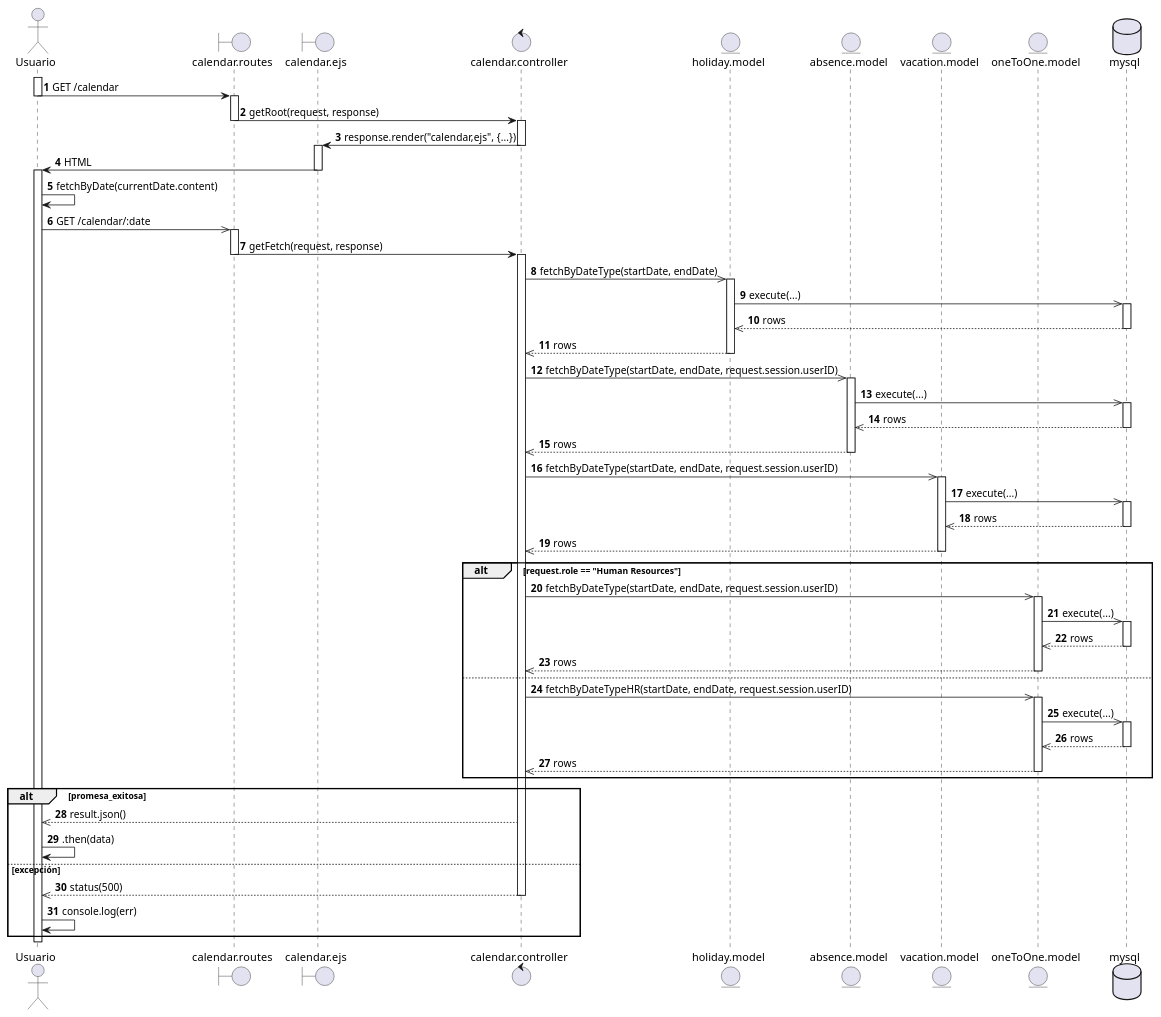
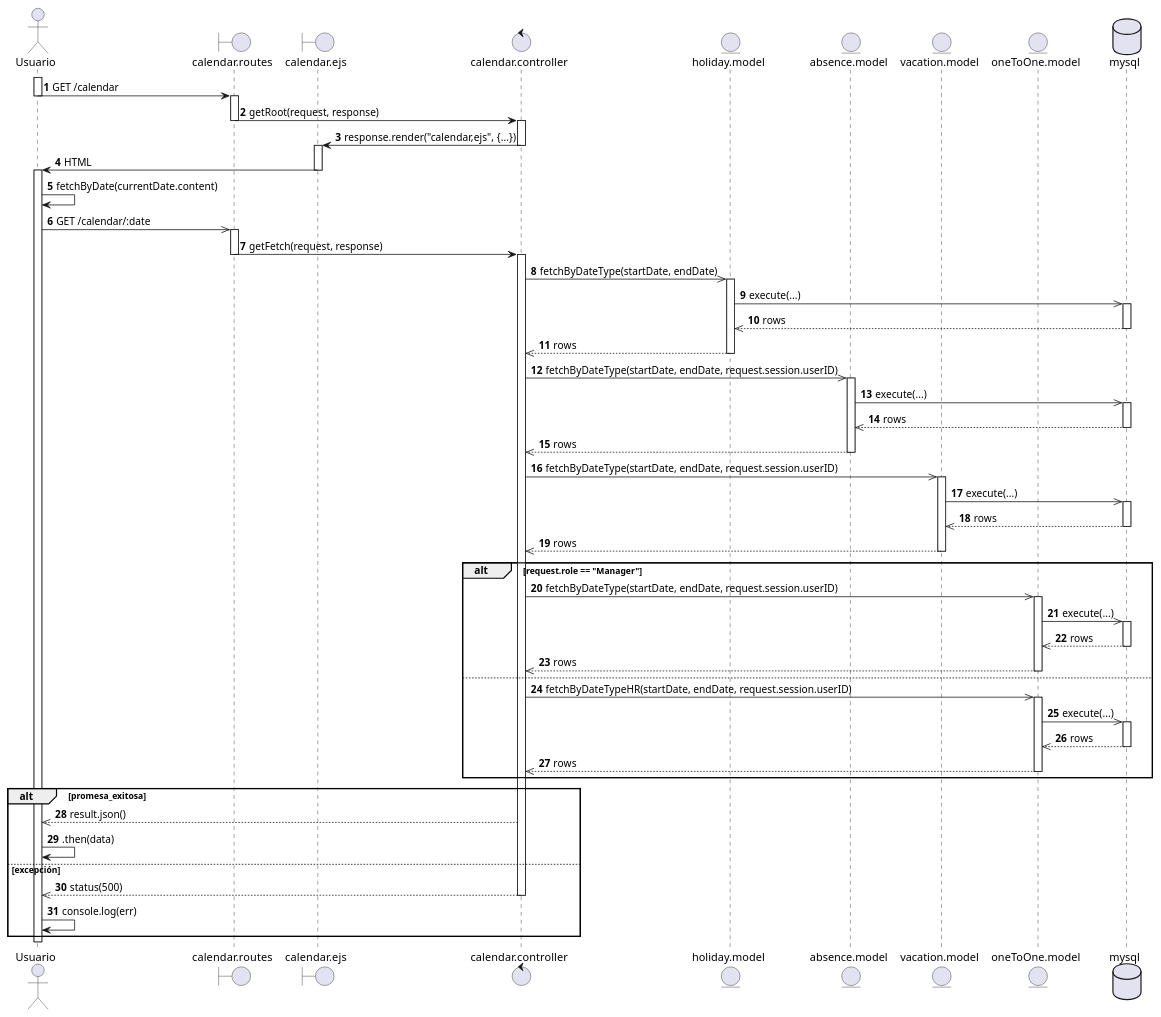
One commit to EdCanCe/WorkCells changed the diagram in diagrams/Casos de Uso/mundo req fun/Diagramas secuencia/CU02.puml. Above: the diagram before and after it, drawn with PlantUML. The commit also changed 31 other files, not shown here.

Commit message:
Se cambia el rol de Human Resources por el de Manager

```diff
--- a/diagrams/Casos de Uso/mundo req fun/Diagramas secuencia/CU02.puml
+++ b/diagrams/Casos de Uso/mundo req fun/Diagramas secuencia/CU02.puml
@@ -1,101 +1,101 @@
 @startuml
 actor Usuario
 boundary "calendar.routes" as Routes
 boundary "calendar.ejs" as Ejs
 control "calendar.controller" as Controller
 entity "holiday.model" as Holiday
 entity "absence.model" as Absence
 entity "vacation.model" as Vacation
 entity "oneToOne.model" as OneToOne
 database "mysql" as MySQL
 
 autonumber
 
 activate Usuario
 Usuario -> Routes: GET /calendar
 deactivate Usuario
 
 activate Routes
 Routes -> Controller: getRoot(request, response)
 deactivate Routes
 
 activate Controller
 Controller -> Ejs: response.render("calendar,ejs", {...})
 deactivate Controller
 
 activate Ejs
 Ejs -> Usuario: HTML
 deactivate Ejs
 activate Usuario
 
 Usuario -> Usuario: fetchByDate(currentDate.content)
 
 Usuario ->> Routes: GET /calendar/:date
 activate Routes
 
 Routes -> Controller: getFetch(request, response)
 deactivate Routes
 
 activate Controller
 Controller ->> Holiday: fetchByDateType(startDate, endDate)
 activate Holiday
 Holiday ->> MySQL: execute(...)
 activate MySQL
 MySQL -->> Holiday: rows
 deactivate MySQL
 Holiday -->> Controller: rows
 deactivate Holiday
 
 Controller ->> Absence: fetchByDateType(startDate, endDate, request.session.userID)
 activate Absence
 Absence ->> MySQL: execute(...)
 activate MySQL
 MySQL -->> Absence: rows
 deactivate MySQL
 Absence -->> Controller: rows
 deactivate Absence
 
 Controller ->> Vacation: fetchByDateType(startDate, endDate, request.session.userID)
 activate Vacation
 Vacation ->> MySQL: execute(...)
 activate MySQL
 MySQL -->> Vacation: rows
 deactivate MySQL
 Vacation -->> Controller: rows
 deactivate Vacation
 
-alt request.role == "Human Resources"
+alt request.role == "Manager"
     Controller ->> OneToOne: fetchByDateType(startDate, endDate, request.session.userID)
     activate OneToOne
     OneToOne ->> MySQL: execute(...)
     activate MySQL
     MySQL -->> OneToOne: rows
     deactivate MySQL
     OneToOne -->> Controller: rows
     deactivate OneToOne
 else
     Controller ->> OneToOne: fetchByDateTypeHR(startDate, endDate, request.session.userID)
     activate OneToOne
     OneToOne ->> MySQL: execute(...)
     activate MySQL
     MySQL -->> OneToOne: rows
     deactivate MySQL
     OneToOne -->> Controller: rows
     deactivate OneToOne
 end
 
 
 alt promesa_exitosa
     Controller -->> Usuario: result.json()
     Usuario -> Usuario: .then(data)
 else excepción
 
 Controller -->> Usuario: status(500)
 deactivate Controller
 Usuario -> Usuario: console.log(err)
 
 end
 
 deactivate Usuario
 
 @enduml
```
